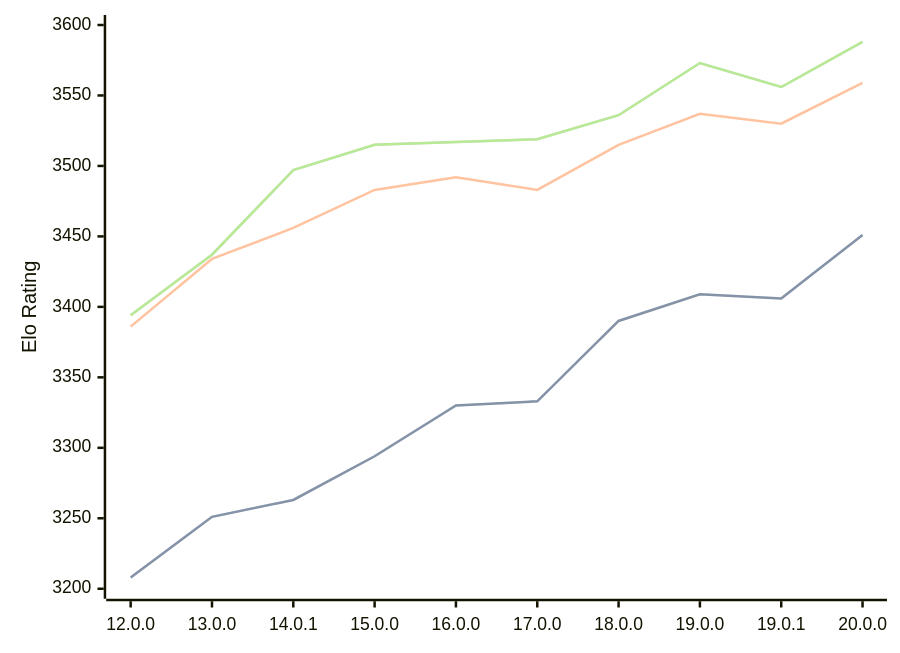
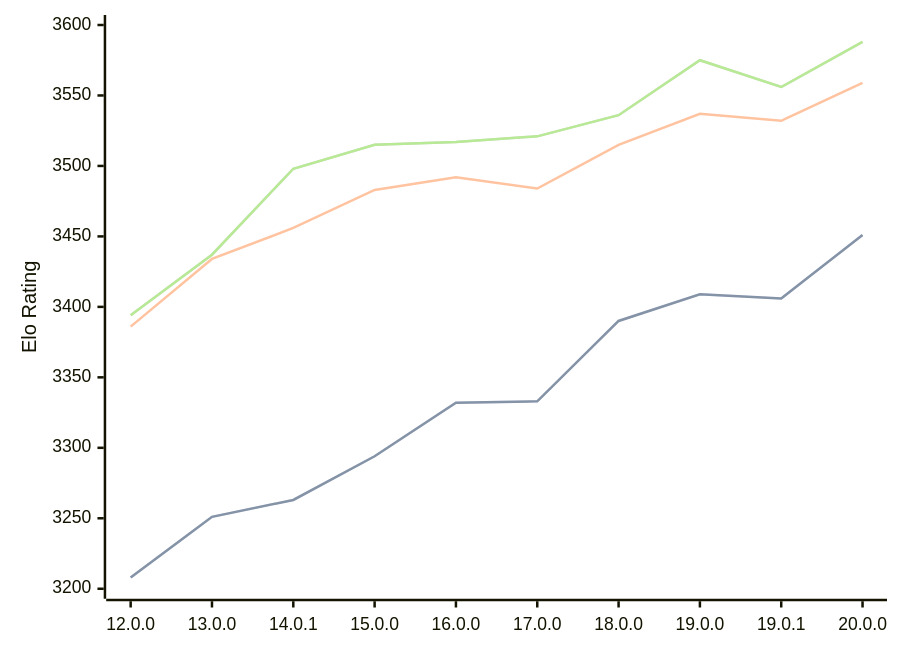
One commit to computer-chess-index/cci changed the diagram in engines/Viridithas.md. Above: the diagram before and after it, drawn with Mermaid. The commit also changed other lines of this file, not shown here.

Commit message:
Update CCI Ratings (ELO VLTC) - 2026-09-04

````diff
--- a/engines/Viridithas.md
+++ b/engines/Viridithas.md
@@ -40,11 +40,11 @@
 ```mermaid
 %%{init: {"theme":"base","themeVariables":{"seriesColors:['#a3a3a3','#222221','#faa371']}}}%%
 xychart-beta
   x-axis ["12.0.0", "13.0.0", "14.0.1", "15.0.0", "16.0.0", "17.0.0", "18.0.0", "19.0.0", "19.0.1", "20.0.0"]
   y-axis "Elo Rating" 3200 --> 3600
-  line "" [3208, 3251, 3263, 3294, 3330, 3333, 3390, 3409, 3406, 3451]
-  line "STC (8.0+0.08s)" [3208, 3251, 3263, 3294, 3330, 3333, 3390, 3409, 3406, 3451]
-  line "LTC (60.0+0.60s)" [3386, 3434, 3456, 3483, 3492, 3483, 3515, 3537, 3530, 3559]
-  line "" [3394, 3437, 3497, 3515, 3517, 3519, 3536, 3573, 3556, 3588]
-  line "VLTC (2m24s+1.12s)" [3394, 3437, 3497, 3515, 3517, 3519, 3536, 3573, 3556, 3588]
+  line "" [3208, 3251, 3263, 3294, 3332, 3333, 3390, 3409, 3406, 3451]
+  line "STC (8.0+0.08s)" [3208, 3251, 3263, 3294, 3332, 3333, 3390, 3409, 3406, 3451]
+  line "LTC (60.0+0.60s)" [3386, 3434, 3456, 3483, 3492, 3484, 3515, 3537, 3532, 3559]
+  line "" [3394, 3437, 3498, 3515, 3517, 3521, 3536, 3575, 3556, 3588]
+  line "VLTC (2m24s+1.12s)" [3394, 3437, 3498, 3515, 3517, 3521, 3536, 3575, 3556, 3588]
 ```
````
